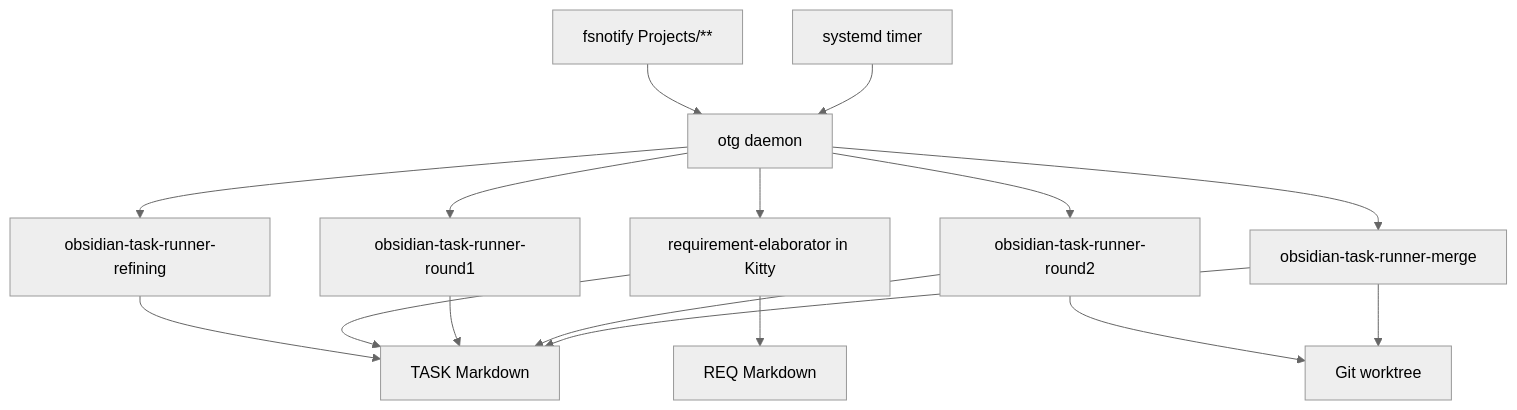
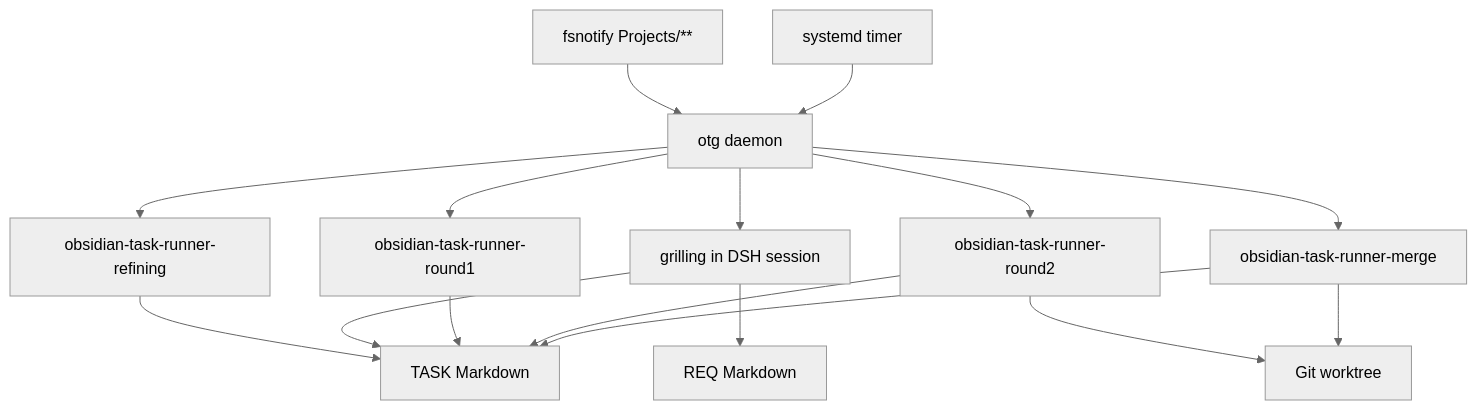
One commit to ndzuki/obsidian-task-runner changed the second of 8 diagrams in docs/workflow.md. Above: the diagram before and after it, drawn with Mermaid (neutral theme). The commit also changed other lines of this file and 214 other files, not shown here.

````diff
--- a/docs/workflow.md
+++ b/docs/workflow.md
@@ -116,18 +126,18 @@
 ```mermaid
 flowchart TD
     Watch[fsnotify Projects/**] --> Daemon[otg daemon]
     Timer[systemd timer] --> Daemon
     Daemon --> Refine[obsidian-task-runner-refining]
-    Daemon --> Grill[requirement-elaborator in Kitty]
+    Daemon --> Grill[grilling in DSH session]
     Daemon --> Plan[obsidian-task-runner-round1]
     Daemon --> Implement[obsidian-task-runner-round2]
     Daemon --> Merge[obsidian-task-runner-merge]
     Refine --> Task[TASK Markdown]
     Grill --> Req[REQ Markdown]
     Grill --> Task
     Plan --> Task
     Implement --> Repo[Git worktree]
     Implement --> Task
     Merge --> Repo
     Merge --> Task
 ```
````
